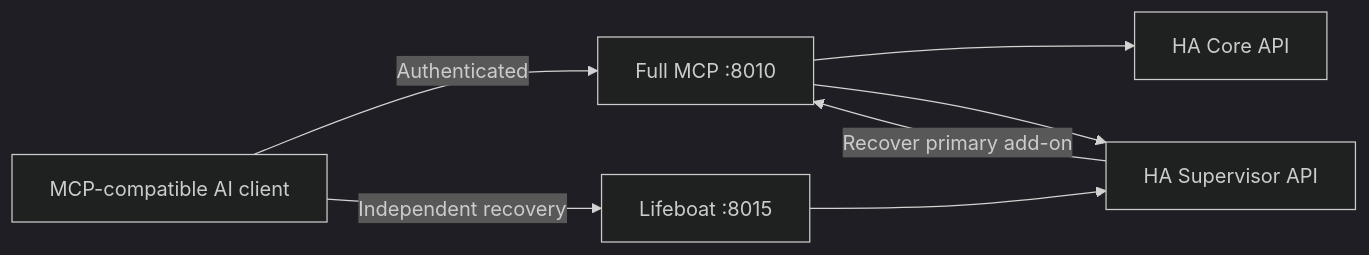
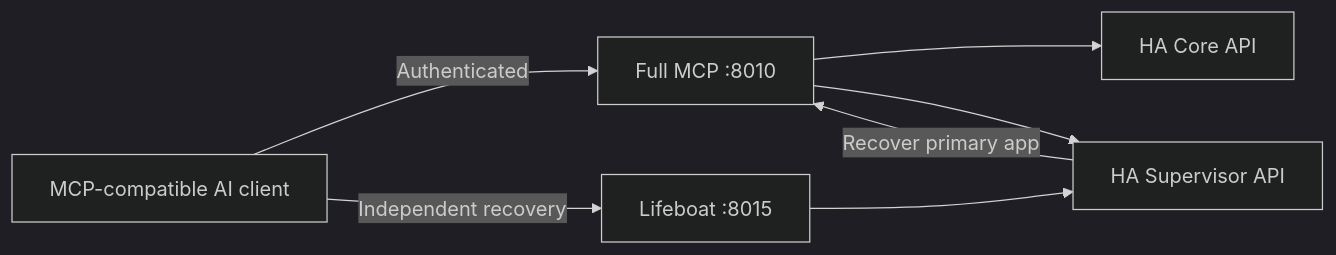
The diagram in README.md (minermartijn/Asgard_HA_AddOns), drawn with Mermaid (dark theme) before and after one commit. The commit also changed other lines of this file and 25 other files, not shown here.

````diff
--- a/README.md
+++ b/README.md
@@ -44,9 +44,9 @@
 ```mermaid
 flowchart LR
     AI["MCP-compatible AI client"] -->|"Authenticated"| Full["Full MCP :8010"]
     AI -->|"Independent recovery"| Life["Lifeboat :8015"]
     Full --> Core["HA Core API"]
     Full --> Supervisor["HA Supervisor API"]
     Life --> Supervisor
-    Supervisor -->|"Recover primary add-on"| Full
+    Supervisor -->|"Recover primary app"| Full
 ```
````
